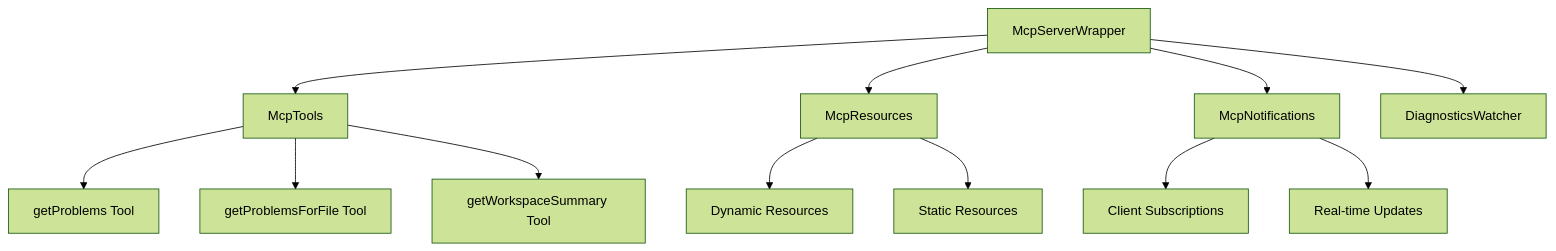
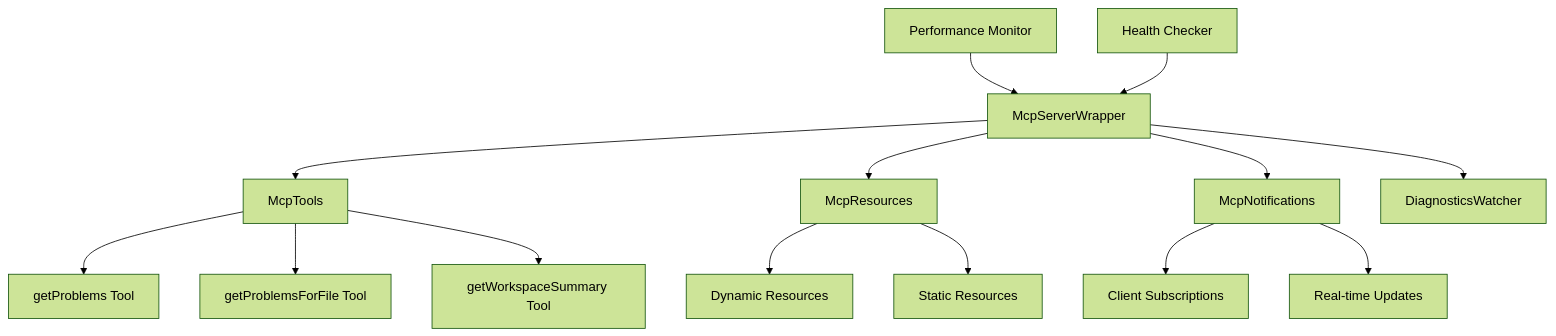
Before and after one commit to newbpydev/mcp-diagnostics-extension: the first of 3 diagrams in src/infrastructure/README.md, drawn with Mermaid (forest theme). The commit also changed other lines of this file and 3 other files, not shown here.

````diff
--- a/src/infrastructure/README.md
+++ b/src/infrastructure/README.md
@@ -75,17 +84,20 @@
 ```mermaid
 graph TD
     A[McpServerWrapper] --> B[McpTools]
     A --> C[McpResources]
     A --> D[McpNotifications]
     A --> E[DiagnosticsWatcher]
 
     B --> F[getProblems Tool]
     B --> G[getProblemsForFile Tool]
     B --> H[getWorkspaceSummary Tool]
 
     C --> I[Dynamic Resources]
     C --> J[Static Resources]
 
     D --> K[Client Subscriptions]
     D --> L[Real-time Updates]
+
+    M[Performance Monitor] --> A
+    N[Health Checker] --> A
 ```
````
